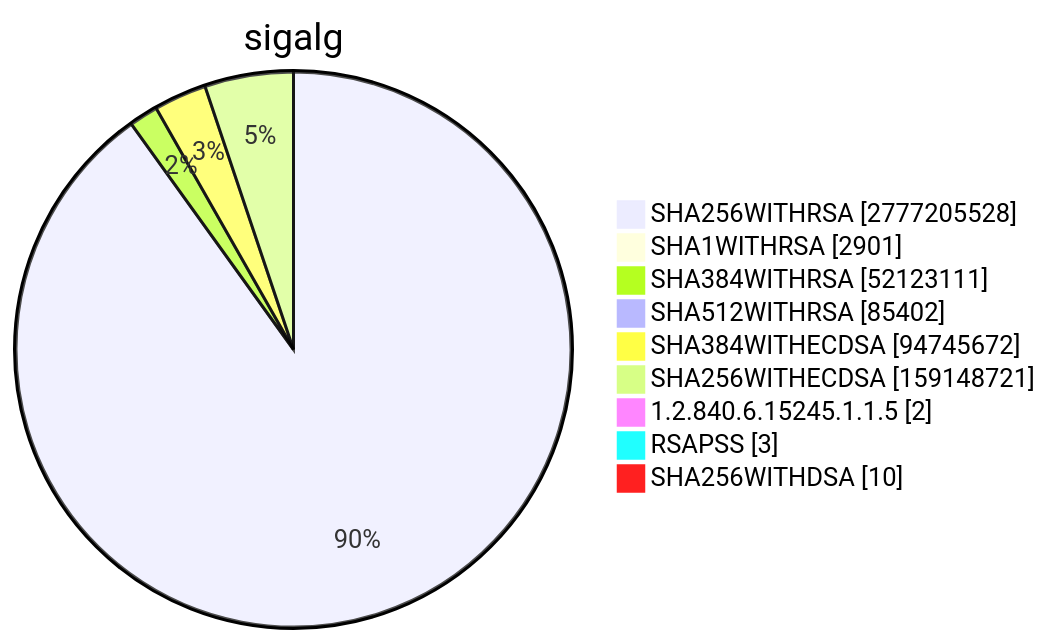
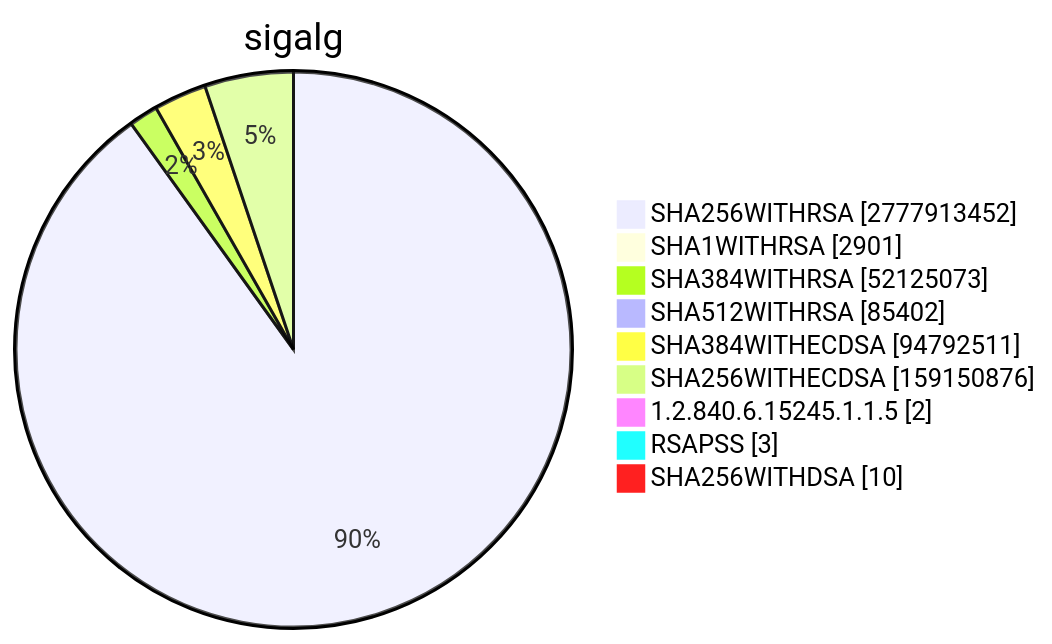
Before and after one commit to christiankrug/ctmonitor_visualization: diagram 15 of 15 in TOTAL/README.md, drawn with Mermaid. The commit also changed other lines of this file, not shown here.

````diff
--- a/TOTAL/README.md
+++ b/TOTAL/README.md
@@ -6205,13 +6205,13 @@
 ```mermaid
 pie showData
 title sigalg
-"SHA256WITHRSA" :2777205528
+"SHA256WITHRSA" :2777913452
 "SHA1WITHRSA" :2901
-"SHA384WITHRSA" :52123111
+"SHA384WITHRSA" :52125073
 "SHA512WITHRSA" :85402
-"SHA384WITHECDSA" :94745672
-"SHA256WITHECDSA" :159148721
+"SHA384WITHECDSA" :94792511
+"SHA256WITHECDSA" :159150876
 "1.2.840.6.15245.1.1.5" :2
 "RSAPSS" :3
 "SHA256WITHDSA" :10
 ```
````
